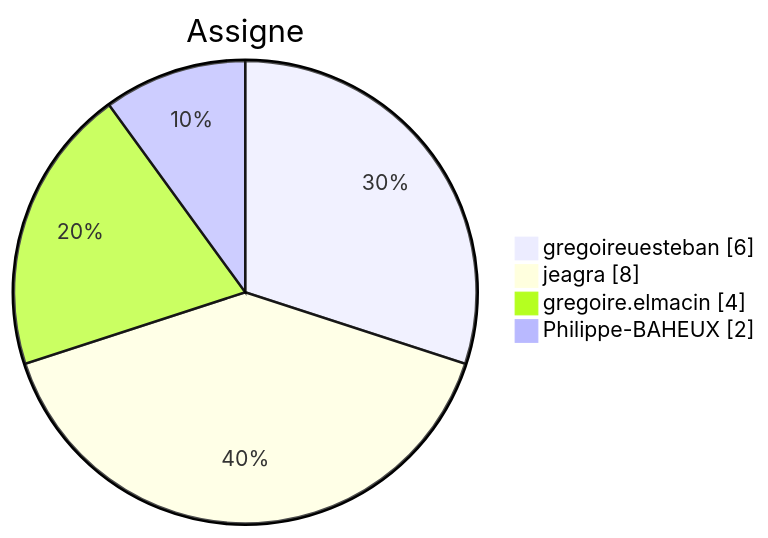
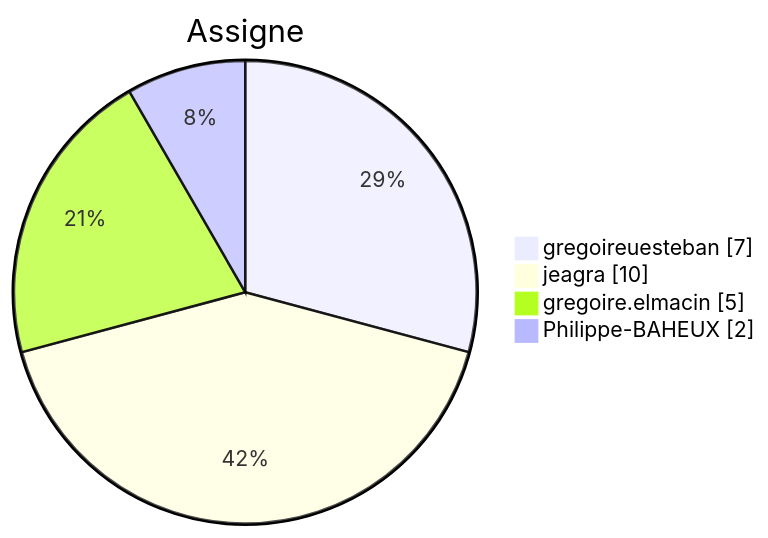
One commit to Gooseppr/GevOps_LC changed the sixth of 7 diagrams in modules/M49_projet-board-J09.md. Above: the diagram before and after it, drawn with Mermaid. The commit also changed other lines of this file and 2 other files, not shown here.

````diff
--- a/modules/M49_projet-board-J09.md
+++ b/modules/M49_projet-board-J09.md
@@ -102,8 +102,8 @@
 ```mermaid
 pie showData
     title Assigne
-    "gregoireuesteban" : 6
-    "jeagra" : 8
-    "gregoire.elmacin" : 4
+    "gregoireuesteban" : 7
+    "jeagra" : 10
+    "gregoire.elmacin" : 5
     "Philippe-BAHEUX" : 2
 ```
````
